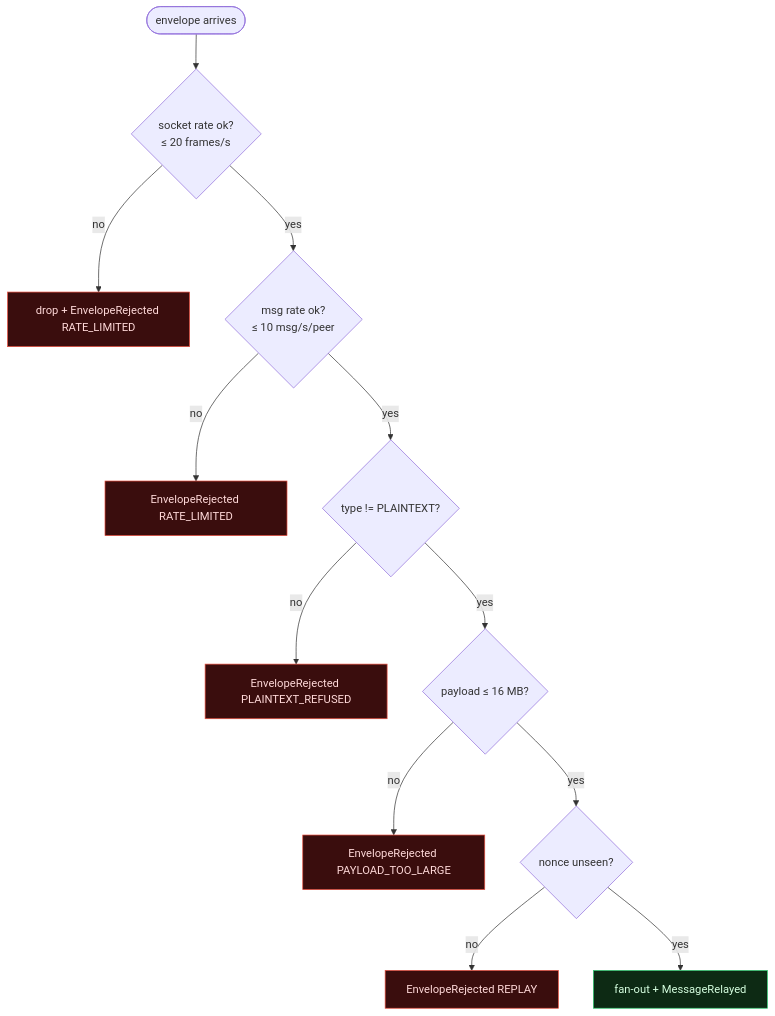
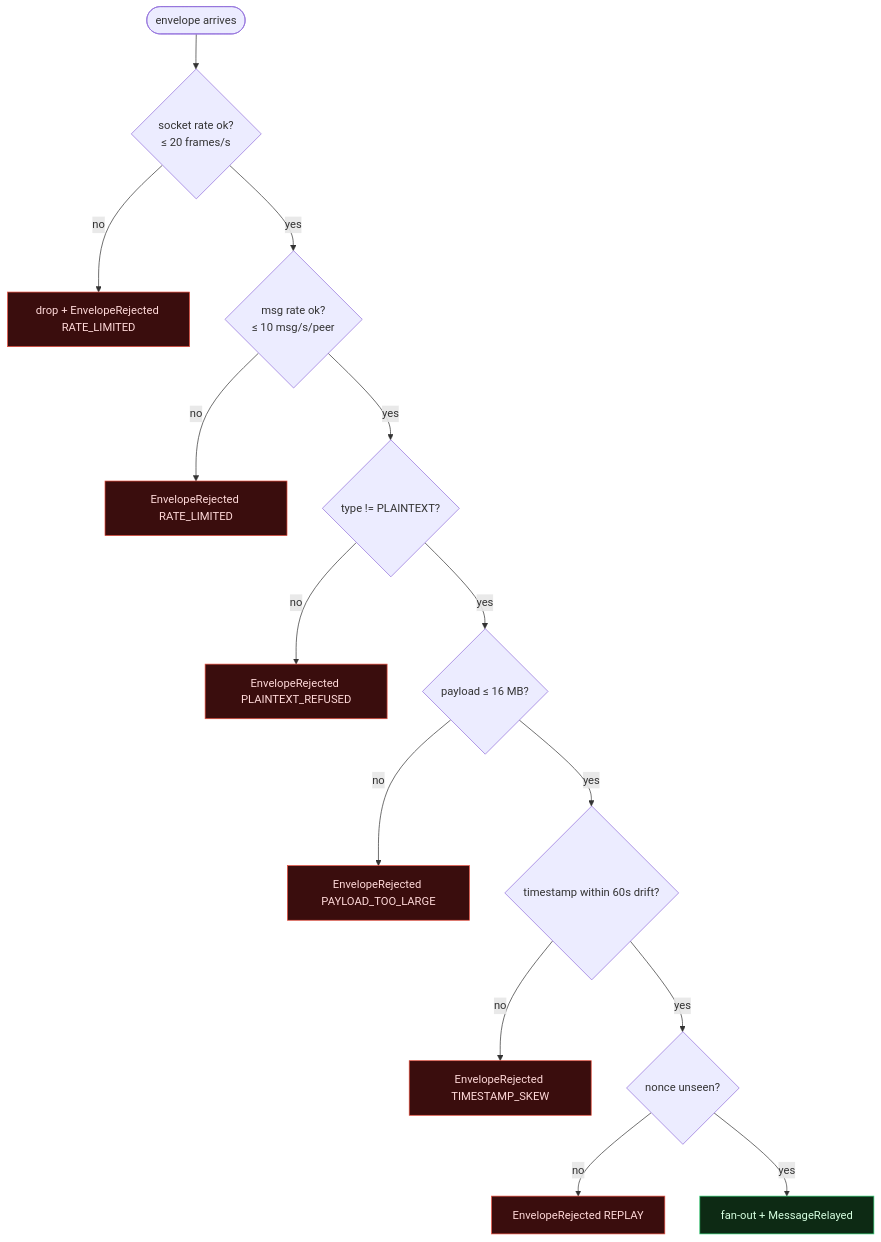
The tenth of 19 diagrams in docs/diagrams/workflows.md (quantum-bunker/Quantum_bunker), drawn with Mermaid before and after one commit. The commit also changed 23 other files, not shown here.

````diff
--- a/docs/diagrams/workflows.md
+++ b/docs/diagrams/workflows.md
@@ -269,19 +269,21 @@
 ```mermaid
 flowchart TD
     E([envelope arrives]) --> RL{socket rate ok?<br/>≤ 20 frames/s}
     RL -- no --> X1[drop + EnvelopeRejected RATE_LIMITED]
     RL -- yes --> MR{msg rate ok?<br/>≤ 10 msg/s/peer}
     MR -- no --> X2[EnvelopeRejected RATE_LIMITED]
     MR -- yes --> PT{type != PLAINTEXT?}
     PT -- no --> X3[EnvelopeRejected PLAINTEXT_REFUSED]
     PT -- yes --> SZ{payload ≤ 16 MB?}
     SZ -- no --> X4[EnvelopeRejected PAYLOAD_TOO_LARGE]
-    SZ -- yes --> NC{nonce unseen?}
+    SZ -- yes --> TS{timestamp within 60s drift?}
+    TS -- no --> X5[EnvelopeRejected TIMESTAMP_SKEW]
+    TS -- yes --> NC{nonce unseen?}
     NC -- no --> X6[EnvelopeRejected REPLAY]
     NC -- yes --> OK[fan-out + MessageRelayed]
 
     classDef err fill:#3a0d0d,stroke:#e74c3c,color:#ffd9d9;
     classDef ok fill:#0d2a14,stroke:#2ecc71,color:#d6ffe0;
     class X1,X2,X3,X4,X5,X6 err;
     class OK ok;
 ```
````
